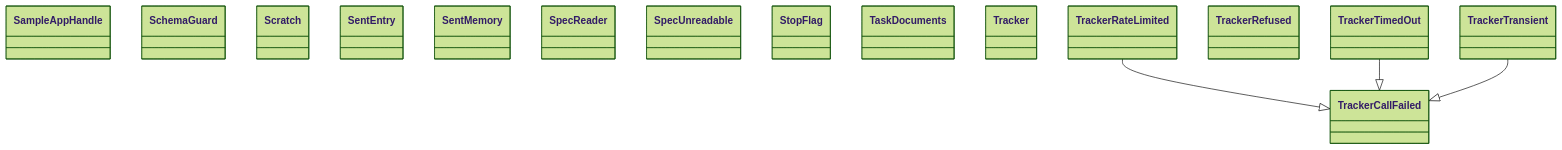
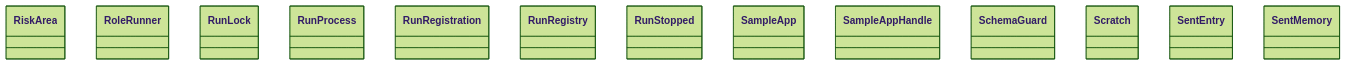
Before and after one commit to GonzaloZevallos/agentic-system: the diagram in docs/architecture/generated/classes-process-application-support-5.md, drawn with Mermaid (forest theme). The commit also changed other lines of this file and 43 other files, not shown here.

````diff
--- a/docs/architecture/generated/classes-process-application-support-5.md
+++ b/docs/architecture/generated/classes-process-application-support-5.md
@@ -18,21 +19,16 @@
 ```mermaid
 classDiagram
+    class ports__RiskArea["RiskArea"]
+    class ports__RoleRunner["RoleRunner"]
+    class ports__RunLock["RunLock"]
+    class ports__RunProcess["RunProcess"]
+    class ports__RunRegistration["RunRegistration"]
+    class ports__RunRegistry["RunRegistry"]
+    class ports__RunStopped["RunStopped"]
+    class ports__SampleApp["SampleApp"]
     class ports__SampleAppHandle["SampleAppHandle"]
     class ports__SchemaGuard["SchemaGuard"]
     class ports__Scratch["Scratch"]
     class ports__SentEntry["SentEntry"]
     class ports__SentMemory["SentMemory"]
-    class ports__SpecReader["SpecReader"]
-    class ports__SpecUnreadable["SpecUnreadable"]
-    class ports__StopFlag["StopFlag"]
-    class ports__TaskDocuments["TaskDocuments"]
-    class ports__Tracker["Tracker"]
-    class ports__TrackerCallFailed["TrackerCallFailed"]
-    class ports__TrackerRateLimited["TrackerRateLimited"]
-    class ports__TrackerRefused["TrackerRefused"]
-    class ports__TrackerTimedOut["TrackerTimedOut"]
-    class ports__TrackerTransient["TrackerTransient"]
-    ports__TrackerRateLimited --|> ports__TrackerCallFailed
-    ports__TrackerTimedOut --|> ports__TrackerCallFailed
-    ports__TrackerTransient --|> ports__TrackerCallFailed
 ```
````
